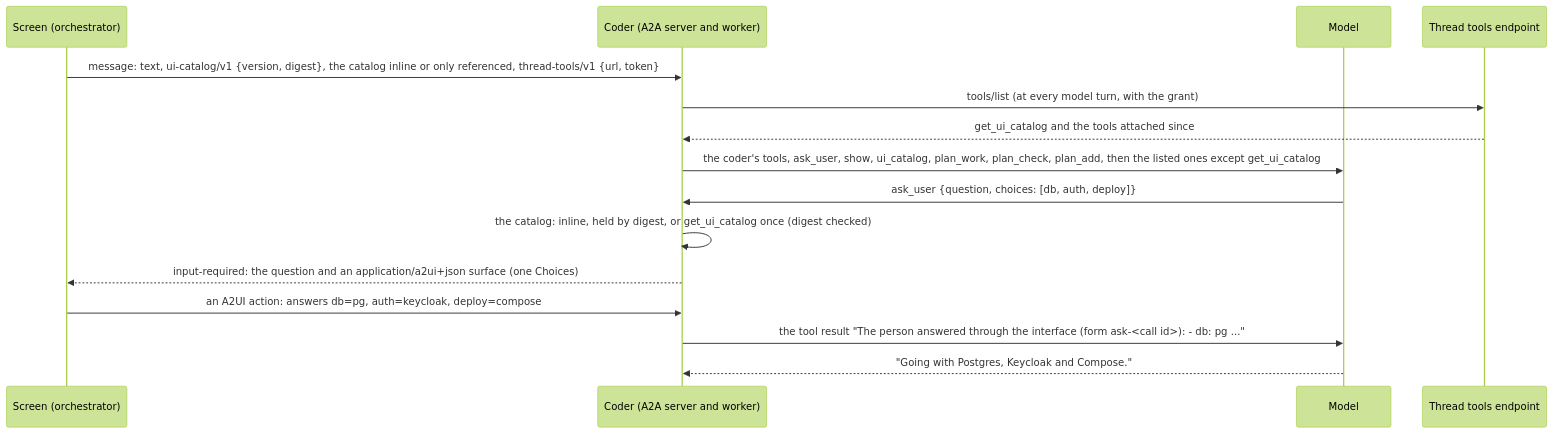
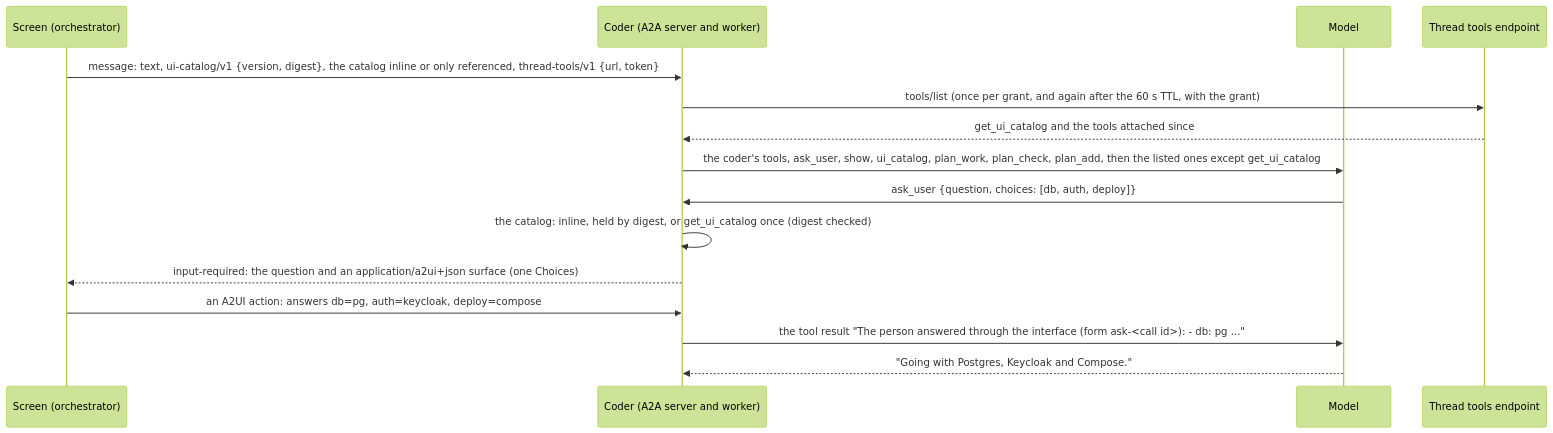
One commit to vymalo/another-adam-rs changed the second of 31 diagrams in bin/adam-coder/README.md. Above: the diagram before and after it, drawn with Mermaid (forest theme). The commit also changed 6 other files, not shown here.

````diff
--- a/bin/adam-coder/README.md
+++ b/bin/adam-coder/README.md
@@ -213,17 +213,17 @@
 ```mermaid
 sequenceDiagram
   participant S as Screen (orchestrator)
   participant C as Coder (A2A server and worker)
   participant M as Model
   participant E as Thread tools endpoint
   S->>C: message: text, ui-catalog/v1 {version, digest}, the catalog inline or only referenced, thread-tools/v1 {url, token}
-  C->>E: tools/list (at every model turn, with the grant)
+  C->>E: tools/list (once per grant, and again after the 60 s TTL, with the grant)
   E-->>C: get_ui_catalog and the tools attached since
   C->>M: the coder's tools, ask_user, show, ui_catalog, plan_work, plan_check, plan_add, then the listed ones except get_ui_catalog
   M->>C: ask_user {question, choices: [db, auth, deploy]}
   C->>C: the catalog: inline, held by digest, or get_ui_catalog once (digest checked)
   C-->>S: input-required: the question and an application/a2ui+json surface (one Choices)
   S->>C: an A2UI action: answers db=pg, auth=keycloak, deploy=compose
   C->>M: the tool result "The person answered through the interface (form ask-<call id>): - db: pg ..."
   M-->>C: "Going with Postgres, Keycloak and Compose."
 ```
````
